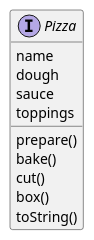
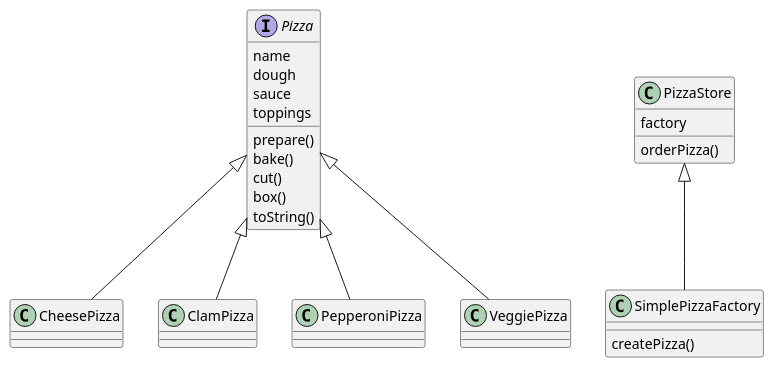
The diagram in FactoryPattern/SimpleFactory/SimpleFactory.puml (gama79530/DesignPattern), drawn with PlantUML before and after one commit. The commit also changed 15 other files, not shown here.

```diff
--- a/FactoryPattern/SimpleFactory/SimpleFactory.puml
+++ b/FactoryPattern/SimpleFactory/SimpleFactory.puml
@@ -1,14 +1,31 @@
 @startuml
 interface Pizza{
     name
     dough
     sauce
     toppings
 
     prepare()
     bake()
     cut()
     box()
     toString()
 }
+
+class PizzaStore{
+    factory
+    orderPizza()
+}
+
+class SimplePizzaFactory{
+    createPizza()
+}
+
+PizzaStore <|-- SimplePizzaFactory
+
+Pizza <|-- CheesePizza
+Pizza <|-- ClamPizza
+Pizza <|-- PepperoniPizza
+Pizza <|-- VeggiePizza
+
 @enduml
```
